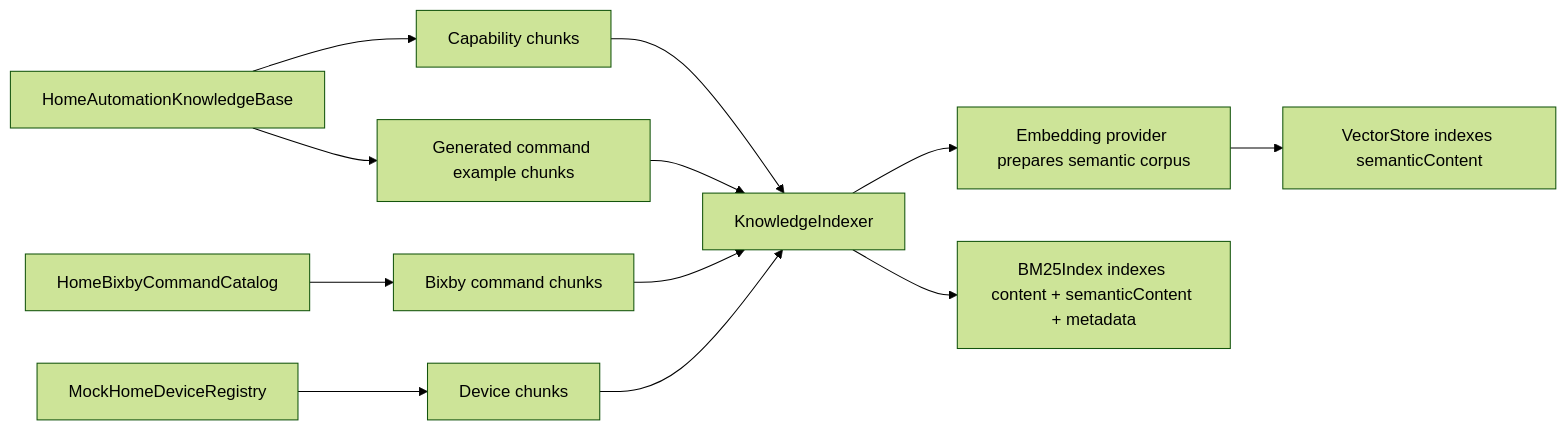
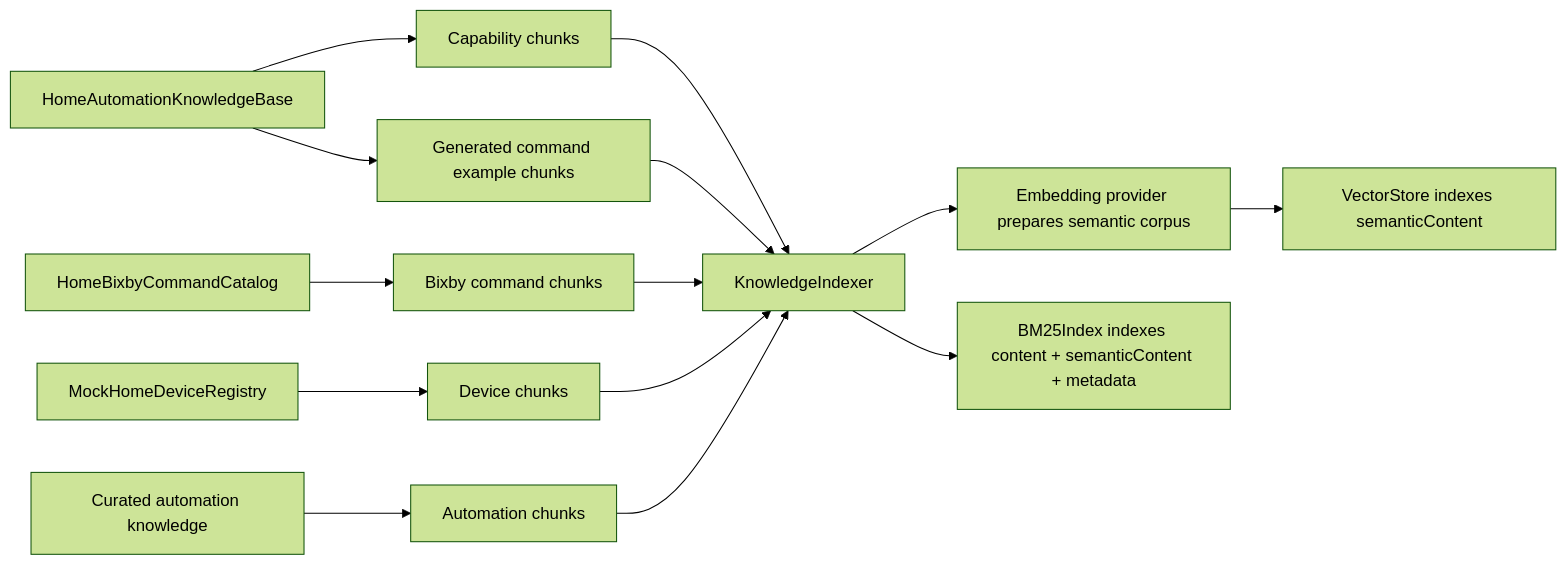
Before and after one commit to ksypinro/HomeAutomation: the second of 3 diagrams in HomeAutomationCore/Sources/HomeAutomationRAG/README.md, drawn with Mermaid (forest theme). The commit also changed other lines of this file and 10 other files, not shown here.

````diff
--- a/HomeAutomationCore/Sources/HomeAutomationRAG/README.md
+++ b/HomeAutomationCore/Sources/HomeAutomationRAG/README.md
@@ -47,14 +48,16 @@
 ```mermaid
 flowchart LR
     A["HomeAutomationKnowledgeBase"] --> B["Capability chunks"]
     A --> C["Generated command example chunks"]
     D["HomeBixbyCommandCatalog"] --> E["Bixby command chunks"]
     F["MockHomeDeviceRegistry"] --> G["Device chunks"]
+    H0["Curated automation knowledge"] --> I0["Automation chunks"]
     B --> H["KnowledgeIndexer"]
     C --> H
     E --> H
     G --> H
+    I0 --> H
     H --> I["Embedding provider prepares semantic corpus"]
     I --> J["VectorStore indexes semanticContent"]
     H --> K["BM25Index indexes content + semanticContent + metadata"]
 ```
````
